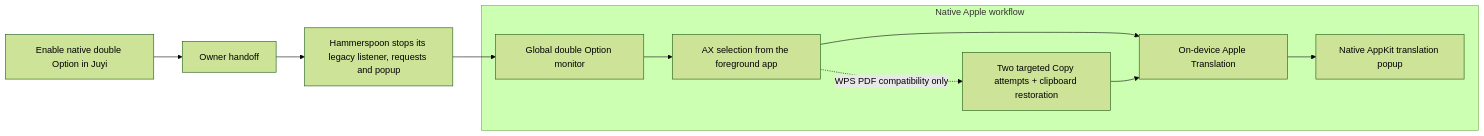
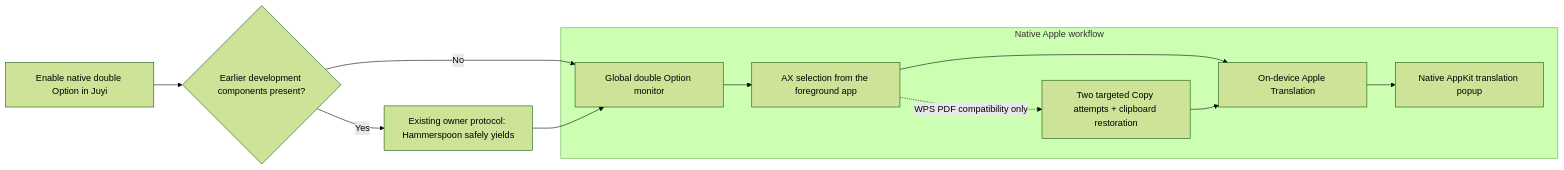
The diagram in README_EN.md (Eim-aa/juyi), drawn with Mermaid (forest theme) before and after one commit. The commit also changed other lines of this file and 17 other files, not shown here.

````diff
--- a/README_EN.md
+++ b/README_EN.md
@@ -175,12 +175,13 @@
 ```mermaid
 flowchart LR
-    U["Enable native double Option in Juyi"] --> O["Owner handoff"]
-    O --> H["Hammerspoon stops its legacy listener, requests and popup"]
+    U["Enable native double Option in Juyi"] --> O{"Earlier development components present?"}
+    O -->|No| N1
+    O -->|Yes| H["Existing owner protocol: Hammerspoon safely yields"]
     subgraph APP["Native Apple workflow"]
         N1["Global double Option monitor"] --> N2["AX selection from the foreground app"]
         N2 -.WPS PDF compatibility only.-> N3["Two targeted Copy attempts + clipboard restoration"]
         N2 & N3 --> N4["On-device Apple Translation"]
         N4 --> N5["Native AppKit translation popup"]
     end
     H --> N1
 ```
````
